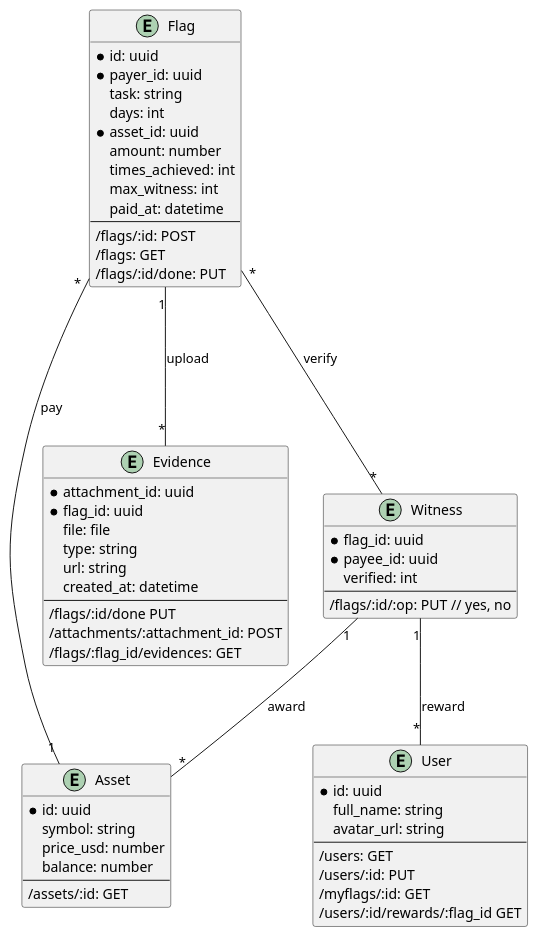
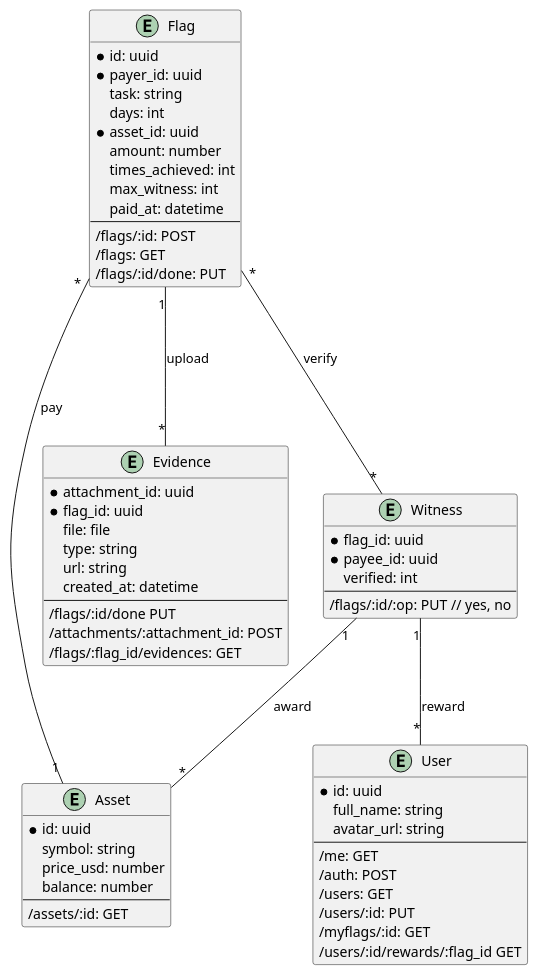
Before and after one commit to PioneerDev/setflags: the diagram in docs/models.puml, drawn with PlantUML. The commit also changed 3 other files, not shown here.

```diff
--- a/docs/models.puml
+++ b/docs/models.puml
@@ -1,66 +1,68 @@
 @startuml
 
 entity User {
    * id: uuid
    full_name: string
    avatar_url: string
    --
+   /me: GET
+   /auth: POST
    /users: GET
    /users/:id: PUT
    /myflags/:id: GET
    /users/:id/rewards/:flag_id GET
 }
 
 entity Flag {
     * id: uuid
     * payer_id: uuid
     task: string
     days: int
     * asset_id: uuid
     amount: number
     times_achieved: int
     max_witness: int
     paid_at: datetime
     --
     /flags/:id: POST
     /flags: GET
     /flags/:id/done: PUT
 }
 
 entity Asset {
     * id: uuid
     symbol: string
     price_usd: number
     balance: number
     --
     /assets/:id: GET
 }
 
 entity Evidence {
     * attachment_id: uuid
     * flag_id: uuid
     file: file
     type: string
     url: string
     created_at: datetime
     --
     /flags/:id/done PUT
     /attachments/:attachment_id: POST
     /flags/:flag_id/evidences: GET
 }
 
 entity Witness {
     * flag_id: uuid
     * payee_id: uuid
     verified: int
     --
     /flags/:id/:op: PUT // yes, no
 }
 
 Flag "1" --- "*" Evidence: upload
 Flag "*" --- "1" Asset: pay
 Flag "*" --- "*" Witness: verify
 Witness "1" -- "*" Asset: award 
 Witness "1" -- "*" User: reward 
 
 @enduml
```
